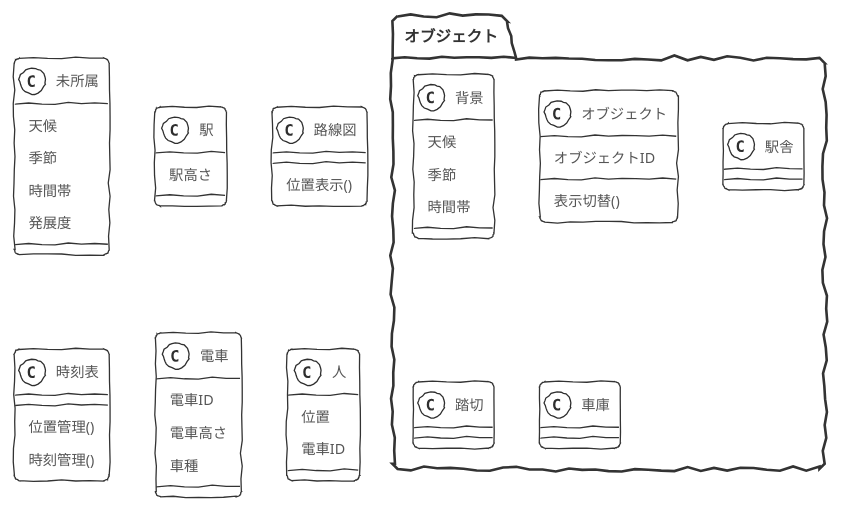
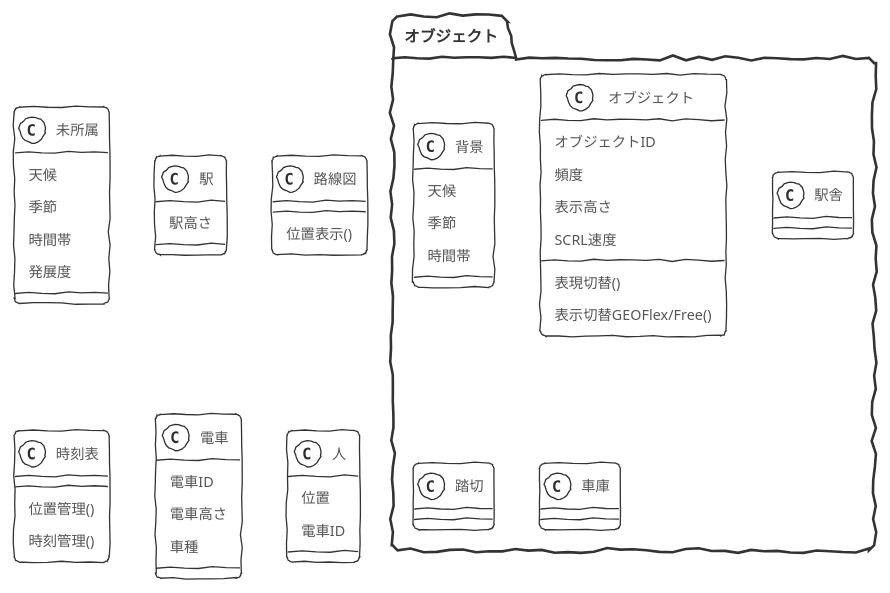
Before and after one commit to ssmxgo/tazawa_prj01: the diagram in tazawa.puml, drawn with PlantUML. The commit also changed 1 other file, not shown here.

```diff
--- a/tazawa.puml
+++ b/tazawa.puml
@@ -1,53 +1,57 @@
 @startuml まとめ
 !theme sketchy-outline
 class 未所属{
     天候
     季節
     時間帯
     発展度
 }
 class 駅 {
     駅高さ
     }
 
 class 路線図 {
 位置表示()
 }
 
 class 時刻表{
 位置管理()
 時刻管理()
 }
 
 class 電車 {
 電車ID
     電車高さ
     車種
 }
 
 class 人 {
 位置
 電車ID
 }
 
 package オブジェクト{
 class 背景{
     天候
 季節
 時間帯
 }
 
 
 
 '各風景 駅舎 建築物
 class オブジェクト{
     オブジェクトID
-    表示切替()
+    頻度
+    表示高さ
+    SCRL速度
+    表現切替()
+    表示切替GEOFlex/Free()
 }
 class 駅舎{}
 class 踏切{}
 class 車庫{}
 
 }
 
 @enduml
```
